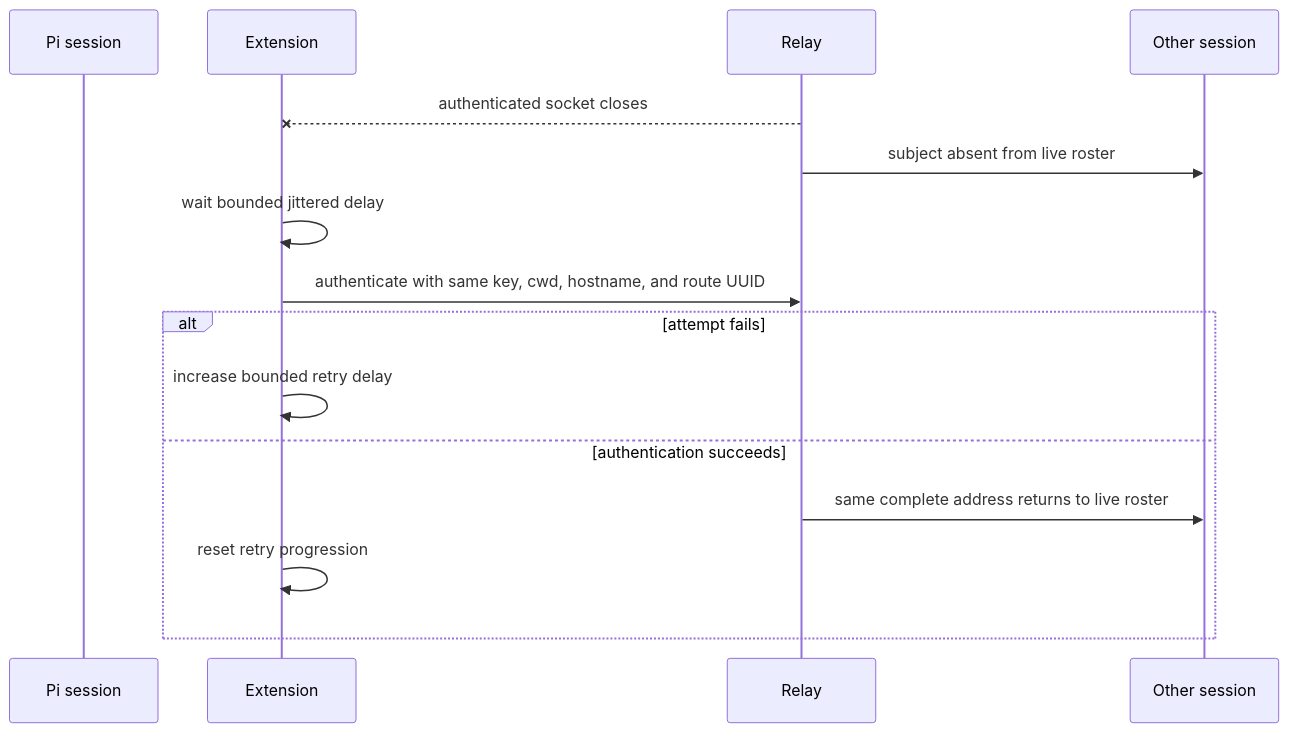
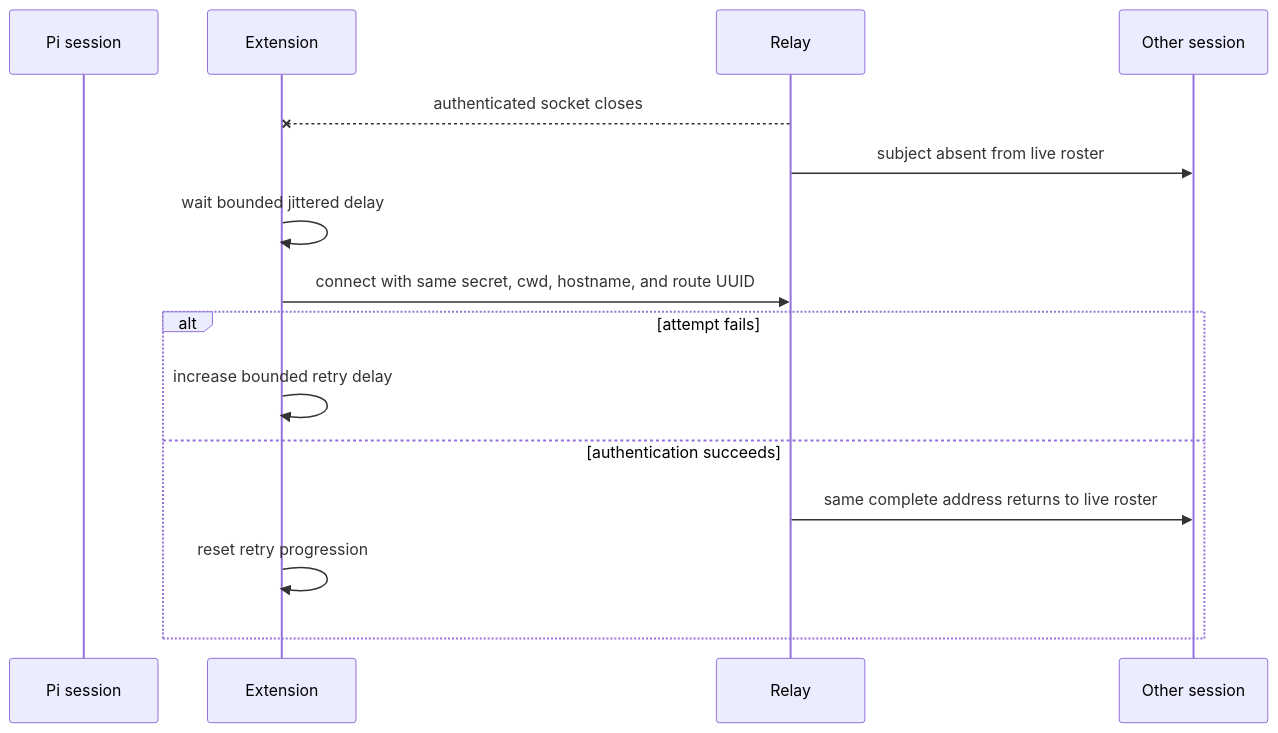
One commit to tigorlazuardi/pi-messaging-relay changed the diagram in docs/src/content/docs/developer/relay/automatic-reconnect.mdx. Above: the diagram before and after it, drawn with Mermaid. The commit also changed other lines of this file and 8 other files, not shown here.

````diff
--- a/docs/src/content/docs/developer/relay/automatic-reconnect.mdx
+++ b/docs/src/content/docs/developer/relay/automatic-reconnect.mdx
@@ -15,17 +15,17 @@
 ```mermaid
 sequenceDiagram
     participant P as Pi session
     participant E as Extension
     participant R as Relay
     participant O as Other session
     R--xE: authenticated socket closes
     R->>O: subject absent from live roster
     E->>E: wait bounded jittered delay
-    E->>R: authenticate with same key, cwd, hostname, and route UUID
+    E->>R: connect with same secret, cwd, hostname, and route UUID
     alt attempt fails
       E->>E: increase bounded retry delay
     else authentication succeeds
       R->>O: same complete address returns to live roster
       E->>E: reset retry progression
     end
 ```
````
